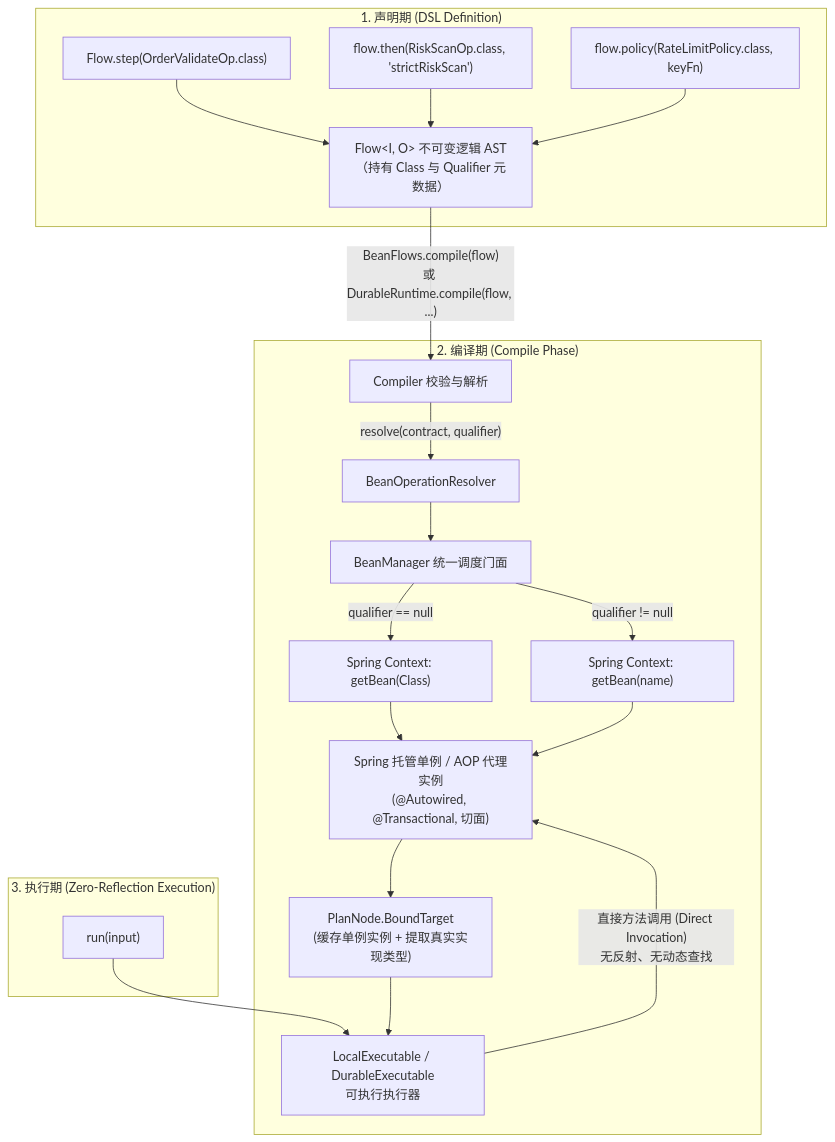
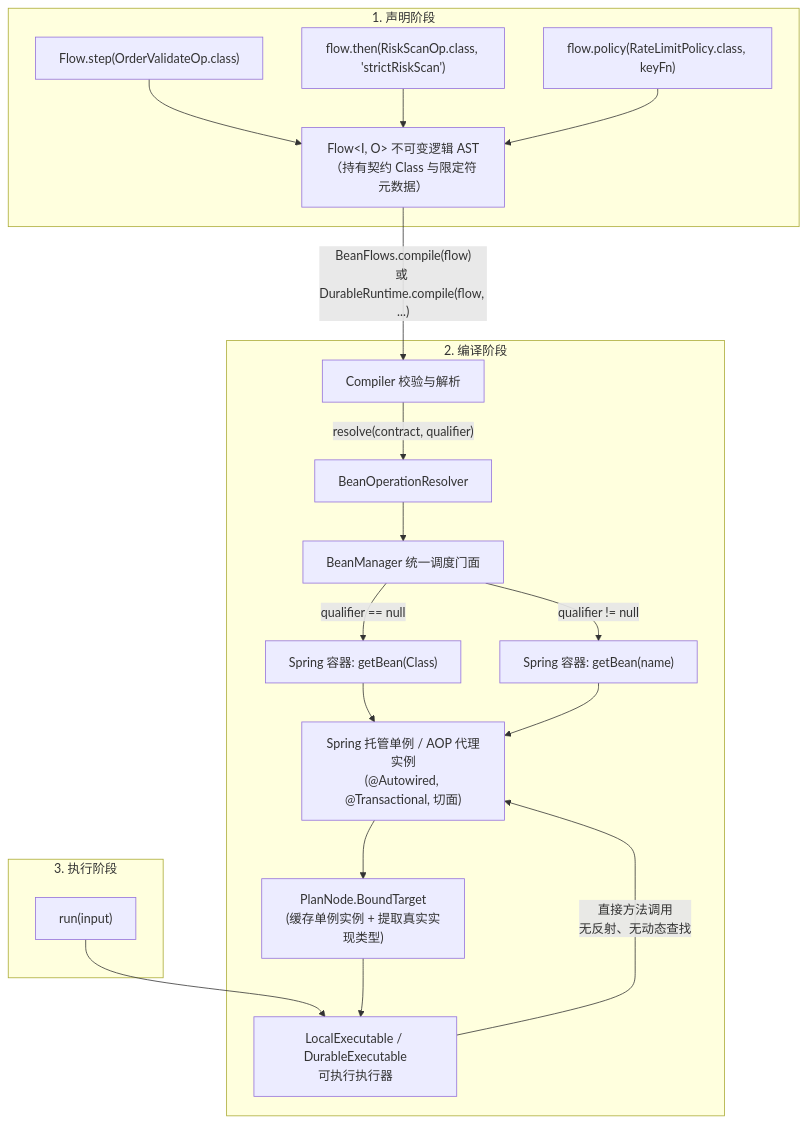
Before and after one commit to team4u/team4u-framework: the diagram in docs/flow/flow-bean.md, drawn with Mermaid. The commit also changed other lines of this file and 6 other files, not shown here.

Commit message:
docs(flow): simplify Bean integration titles and clean up bilingual mixed text

````diff
--- a/docs/flow/flow-bean.md
+++ b/docs/flow/flow-bean.md
@@ -19,32 +19,32 @@
 ```mermaid
 graph TD
-    subgraph "1. 声明期 (DSL Definition)"
+    subgraph "1. 声明阶段"
         D1["Flow.step(OrderValidateOp.class)"]
         D2["flow.then(RiskScanOp.class, 'strictRiskScan')"]
         D3["flow.policy(RateLimitPolicy.class, keyFn)"]
-        AST["Flow&lt;I, O&gt; 不可变逻辑 AST<br/>（持有 Class 与 Qualifier 元数据）"]
+        AST["Flow&lt;I, O&gt; 不可变逻辑 AST<br/>（持有契约 Class 与限定符元数据）"]
         D1 --> AST
         D2 --> AST
         D3 --> AST
     end
 
-    subgraph "2. 编译期 (Compile Phase)"
+    subgraph "2. 编译阶段"
         AST -->|"BeanFlows.compile(flow)<br/>或 DurableRuntime.compile(flow, ...)"| Compiler["Compiler 校验与解析"]
         Compiler -->|"resolve(contract, qualifier)"| Resolver["BeanOperationResolver"]
         Resolver --> BM["BeanManager 统一调度门面"]
         
-        BM -->|"qualifier == null"| SpringReq["Spring Context: getBean(Class)"]
-        BM -->|"qualifier != null"| SpringName["Spring Context: getBean(name)"]
+        BM -->|"qualifier == null"| SpringReq["Spring 容器: getBean(Class)"]
+        BM -->|"qualifier != null"| SpringName["Spring 容器: getBean(name)"]
         
         SpringReq --> ProxyBean["Spring 托管单例 / AOP 代理实例<br/>(@Autowired, @Transactional, 切面)"]
         SpringName --> ProxyBean
         
         ProxyBean --> Bound["PlanNode.BoundTarget<br/>(缓存单例实例 + 提取真实实现类型)"]
         Bound --> Exec["LocalExecutable / DurableExecutable<br/>可执行执行器"]
     end
 
-    subgraph "3. 执行期 (Zero-Reflection Execution)"
+    subgraph "3. 执行阶段"
         Input["run(input)"] --> Exec
-        Exec -->|"直接方法调用 (Direct Invocation)<br/>无反射、无动态查找"| ProxyBean
+        Exec -->|"直接方法调用<br/>无反射、无动态查找"| ProxyBean
     end
 ```
````
